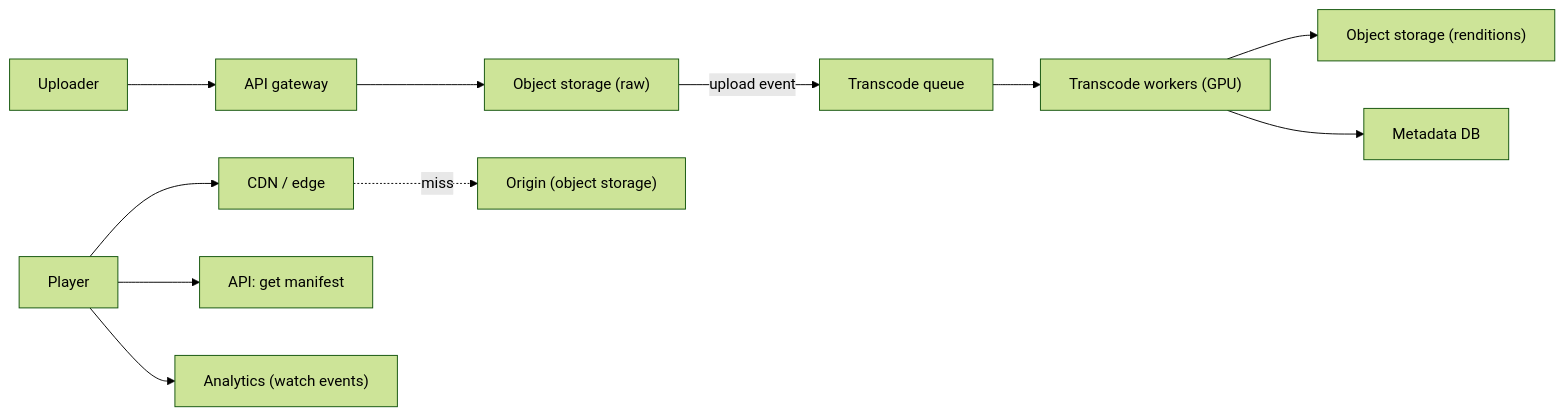
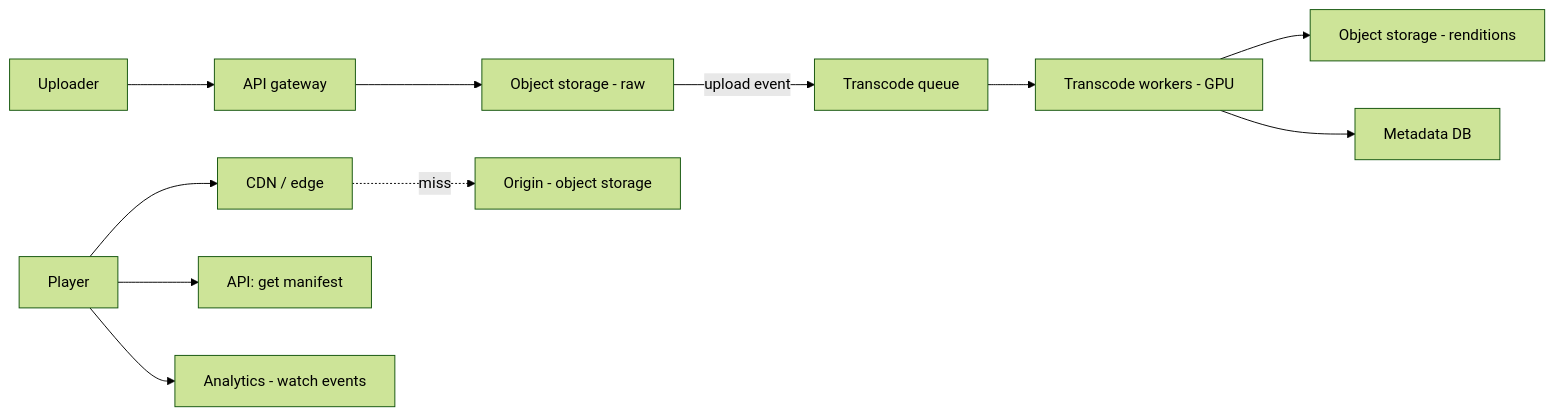
Before and after one commit to RIT-MESH/system-design-mastery: the first of 4 diagrams in case-studies/advanced/video-streaming.md, drawn with Mermaid (forest theme). The commit also changed other lines of this file and 139 other files, not shown here.

First line of the commit message:
Fix Mermaid parse errors: replace parentheses in node labels across 140 files

````diff
--- a/case-studies/advanced/video-streaming.md
+++ b/case-studies/advanced/video-streaming.md
@@ -88,14 +88,14 @@
 ```mermaid
 %% created-for: system-design-mastery
 flowchart LR
   Up["Uploader"] --> API["API gateway"]
-  API --> Obj["Object storage (raw)"]
+  API --> Obj["Object storage - raw"]
   Obj --"upload event"--> Q["Transcode queue"]
-  Q --> W["Transcode workers (GPU)"]
-  W --> Obj2["Object storage (renditions)"]
+  Q --> W["Transcode workers - GPU"]
+  W --> Obj2["Object storage - renditions"]
   W --> Meta["Metadata DB"]
   Player["Player"] --> Edge["CDN / edge"]
-  Edge -.miss.-> Origin["Origin (object storage)"]
+  Edge -.miss.-> Origin["Origin - object storage"]
   Player --> API2["API: get manifest"]
-  Player --> Ana["Analytics (watch events)"]
+  Player --> Ana["Analytics - watch events"]
 ```
````
